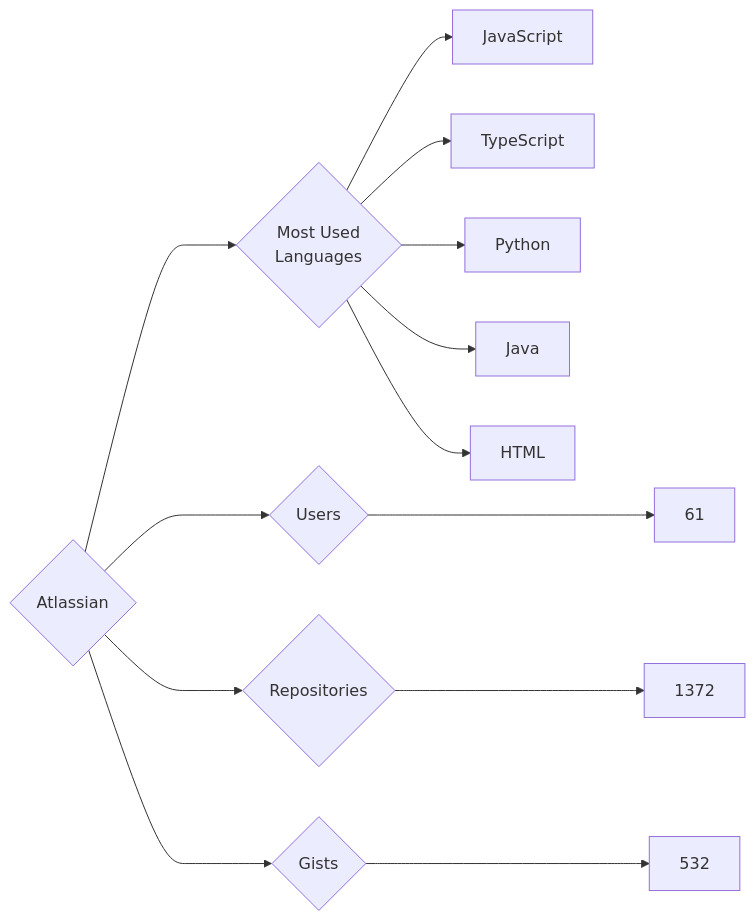
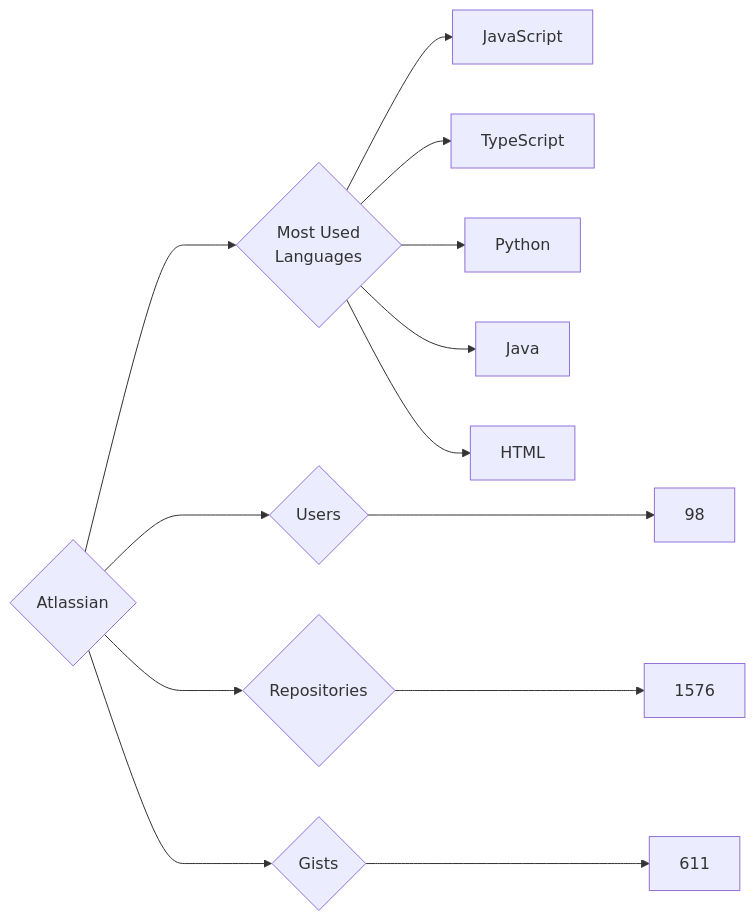
Before and after one commit to trickest/insiders: the diagram in targets/Atlassian/README.md, drawn with Mermaid. The commit also changed 773 other files, not shown here.

````diff
--- a/targets/Atlassian/README.md
+++ b/targets/Atlassian/README.md
@@ -3,13 +3,13 @@
 ```mermaid
 graph LR
 COMPANY_NAME{Atlassian}
-COMPANY_NAME ---> U{Users} ---> UN[61]
-COMPANY_NAME ---> R{Repositories} ---> RN[1372]
-COMPANY_NAME ---> G{Gists} ---> GN[532]
+COMPANY_NAME ---> U{Users} ---> UN[98]
+COMPANY_NAME ---> R{Repositories} ---> RN[1576]
+COMPANY_NAME ---> G{Gists} ---> GN[611]
 COMPANY_NAME ---> ML{Most Used<br>Languages}
 ML --> JavaScript[JavaScript]
 ML --> TypeScript[TypeScript]
 ML --> Python[Python]
 ML --> Java[Java]
 ML --> HTML[HTML]
 ```
````
